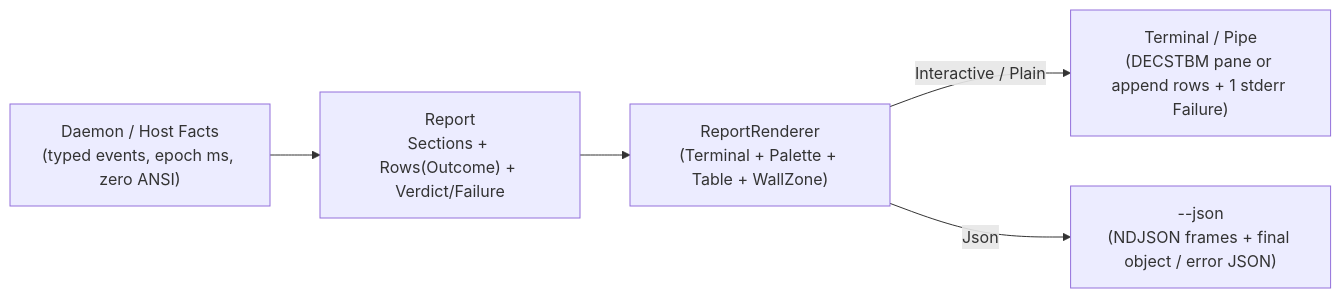
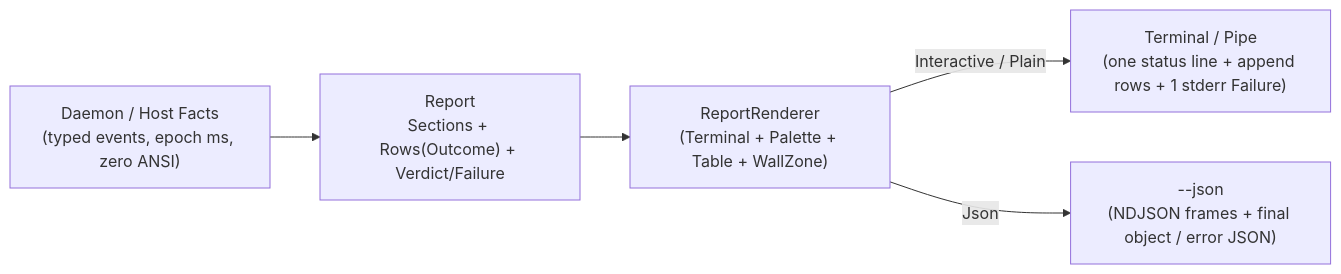
One commit to OffworldNexus/slipfork changed the third of 3 diagrams in specs/02-cli-ux.md. Above: the diagram before and after it, drawn with Mermaid. The commit also changed other lines of this file and 6 other files, not shown here.

````diff
--- a/specs/02-cli-ux.md
+++ b/specs/02-cli-ux.md
@@ -279,7 +279,7 @@
 ```mermaid
 flowchart LR
   Daemon["Daemon / Host Facts\n(typed events, epoch ms, zero ANSI)"] --> Report["Report\nSections + Rows(Outcome) + Verdict/Failure"]
   Report --> Renderer["ReportRenderer\n(Terminal + Palette + Table + WallZone)"]
-  Renderer -->|Interactive / Plain| Term["Terminal / Pipe\n(DECSTBM pane or append rows + 1 stderr Failure)"]
+  Renderer -->|Interactive / Plain| Term["Terminal / Pipe\n(one status line + append rows + 1 stderr Failure)"]
   Renderer -->|Json| Json["--json\n(NDJSON frames + final object / error JSON)"]
 ```
````
